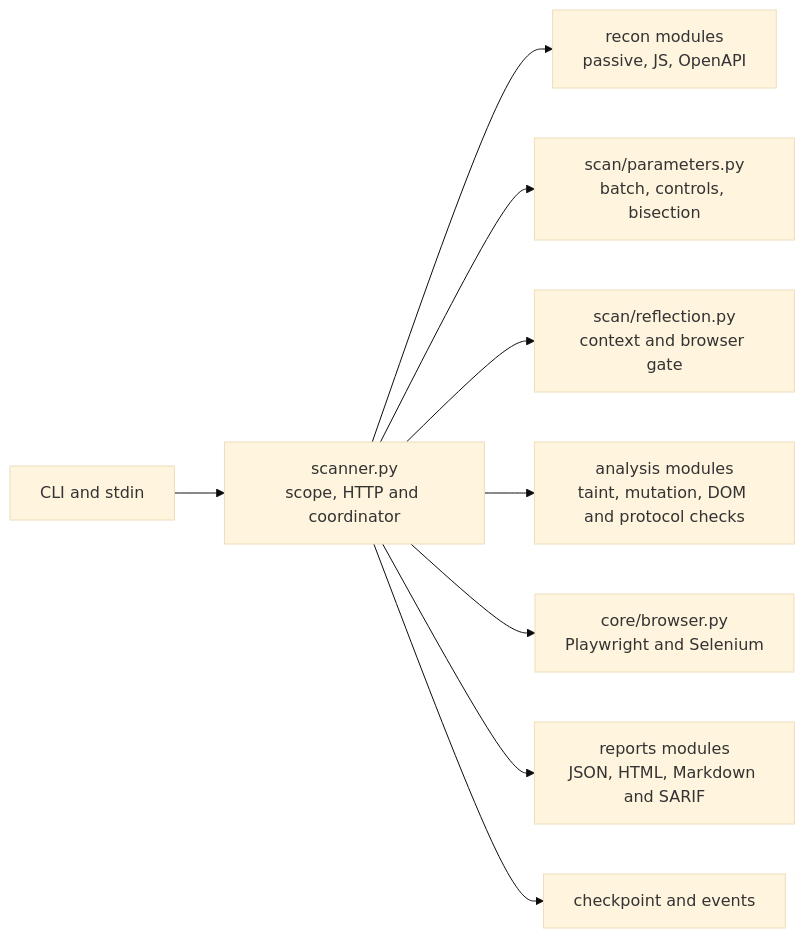
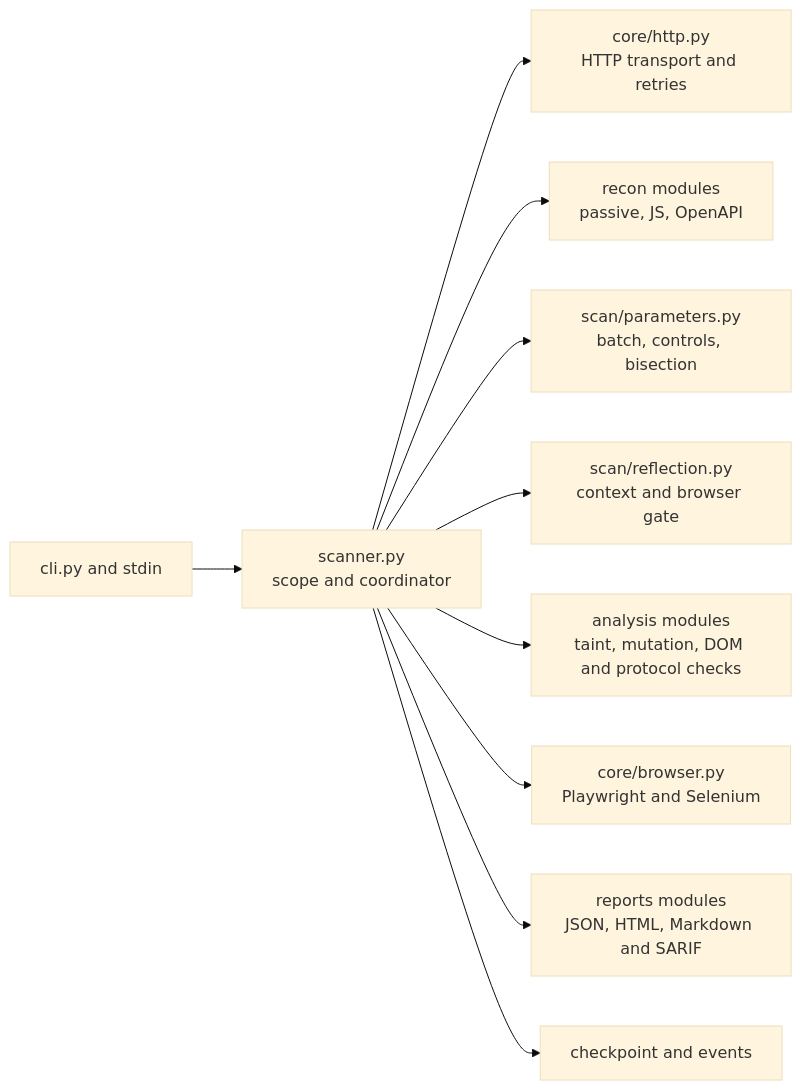
Before and after one commit to gl1tch0x1/xoxss: the second of 3 diagrams in README.md, drawn with Mermaid (base theme). The commit also changed other lines of this file and 19 other files, not shown here.

Commit message:
feat(scanner): batch JSON probes and extract CLI and HTTP modules

````diff
--- a/README.md
+++ b/README.md
@@ -762,11 +764,12 @@
 ```mermaid
 flowchart LR
-    CLI["CLI and stdin"] --> SCAN["scanner.py<br/>scope, HTTP and coordinator"]
+    CLI["cli.py and stdin"] --> SCAN["scanner.py<br/>scope and coordinator"]
+    SCAN --> HTTP["core/http.py<br/>HTTP transport and retries"]
     SCAN --> RECON["recon modules<br/>passive, JS, OpenAPI"]
     SCAN --> PARAM["scan/parameters.py<br/>batch, controls, bisection"]
     SCAN --> REFLECT["scan/reflection.py<br/>context and browser gate"]
     SCAN --> ANALYSIS["analysis modules<br/>taint, mutation, DOM and protocol checks"]
     SCAN --> BROWSER["core/browser.py<br/>Playwright and Selenium"]
     SCAN --> REPORTS["reports modules<br/>JSON, HTML, Markdown and SARIF"]
     SCAN --> STATE["checkpoint and events"]
 ```
````
